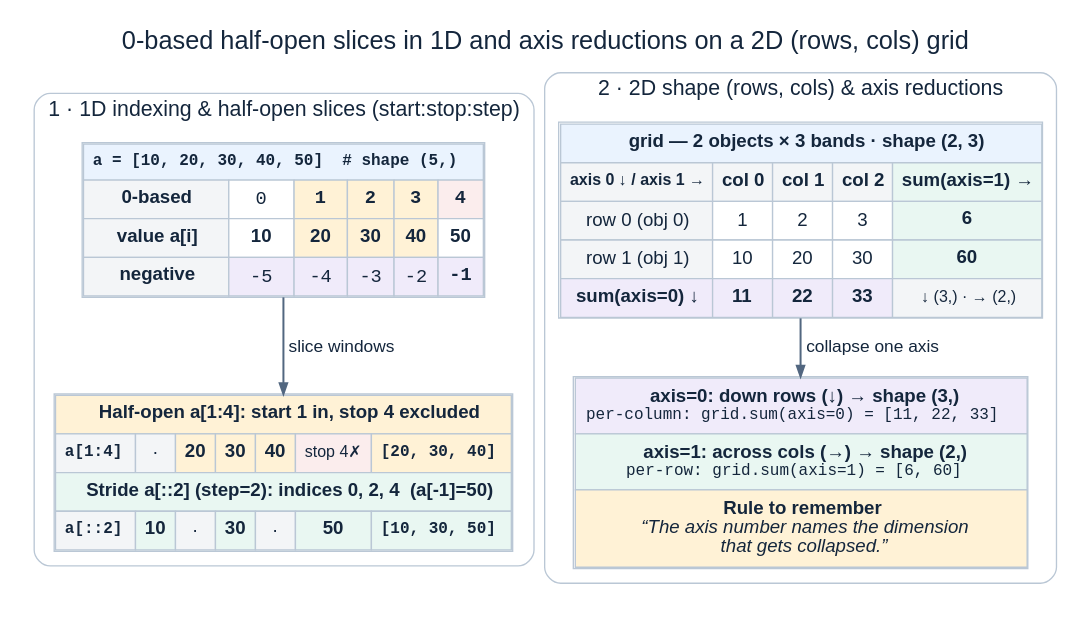
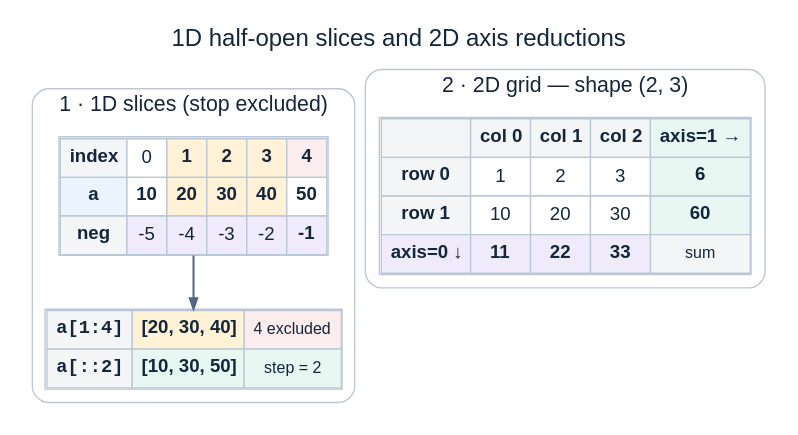
Before and after one commit to xangma/jupyter_data_languages: the diagram in book/diagrams/array-axes-slicing.dot, drawn with Graphviz. The commit also changed 20 other files, not shown here.

Commit message:
Trim all remaining Primer, Session 1, Session 3, and Signal diagrams

```diff
--- a/book/diagrams/array-axes-slicing.dot
+++ b/book/diagrams/array-axes-slicing.dot
@@ -1,130 +1,107 @@
-// Source: 00-primer.ipynb; 0-based/negative indexing, half-open slices and 2D axis reductions.
+// Source: 00-primer.ipynb; 0-based slices and 2D axis reductions.
 digraph array_axes_slicing {
   graph [
-    bgcolor="white", fontname="Arial", fontsize=19, fontcolor="#14263C",
-    label="0-based half-open slices in 1D and axis reductions on a 2D (rows, cols) grid",
-    labelloc=t, rankdir=TB, newrank=true, nodesep=0.20, ranksep=0.40, pad=0.14
+    bgcolor="white", fontname="Arial", fontsize=18, fontcolor="#14263C",
+    label="1D half-open slices and 2D axis reductions",
+    labelloc=t, rankdir=TB, newrank=true, nodesep=0.26, ranksep=0.36, pad=0.12
   ];
   node [
     shape=plain, fontname="Arial", fontsize=14, fontcolor="#14263C",
     color="#BAC7D5", penwidth=1.4
   ];
   edge [
     fontname="Arial", fontsize=13, fontcolor="#14263C",
     color="#526780", penwidth=1.5, arrowsize=0.8
   ];
 
   subgraph cluster_slicing {
-    label="1 · 1D indexing & half-open slices (start:stop:step)";
-    fontsize=16; style="rounded"; color="#BAC7D5"; margin=11;
+    label="1 · 1D slices (stop excluded)";
+    fontsize=16; style="rounded"; color="#BAC7D5"; margin=10;
 
     idx_table [label=<
       <TABLE BORDER="1" CELLBORDER="1" CELLSPACING="0" CELLPADDING="6" COLOR="#BAC7D5">
-        <TR><TD COLSPAN="6" BGCOLOR="#EAF3FE"><FONT FACE="Courier New" POINT-SIZE="12"><B>a = [10, 20, 30, 40, 50]  # shape (5,)</B></FONT></TD></TR>
         <TR>
-          <TD BGCOLOR="#F3F5F7"><B>0-based</B></TD>
-          <TD BGCOLOR="#FFFFFF"><FONT FACE="Courier New">0</FONT></TD>
-          <TD BGCOLOR="#FFF2D6"><FONT FACE="Courier New"><B>1</B></FONT></TD>
-          <TD BGCOLOR="#FFF2D6"><FONT FACE="Courier New"><B>2</B></FONT></TD>
-          <TD BGCOLOR="#FFF2D6"><FONT FACE="Courier New"><B>3</B></FONT></TD>
-          <TD BGCOLOR="#FBEDED"><FONT FACE="Courier New"><B>4</B></FONT></TD>
+          <TD BGCOLOR="#F3F5F7"><B>index</B></TD>
+          <TD BGCOLOR="#FFFFFF">0</TD>
+          <TD BGCOLOR="#FFF2D6"><B>1</B></TD>
+          <TD BGCOLOR="#FFF2D6"><B>2</B></TD>
+          <TD BGCOLOR="#FFF2D6"><B>3</B></TD>
+          <TD BGCOLOR="#FBEDED"><B>4</B></TD>
         </TR>
         <TR>
-          <TD BGCOLOR="#F3F5F7"><B>value a[i]</B></TD>
+          <TD BGCOLOR="#EAF3FE"><B>a</B></TD>
           <TD BGCOLOR="#FFFFFF"><B>10</B></TD>
           <TD BGCOLOR="#FFF2D6"><B>20</B></TD>
           <TD BGCOLOR="#FFF2D6"><B>30</B></TD>
           <TD BGCOLOR="#FFF2D6"><B>40</B></TD>
           <TD BGCOLOR="#FFFFFF"><B>50</B></TD>
         </TR>
         <TR>
-          <TD BGCOLOR="#F3F5F7"><B>negative</B></TD>
-          <TD BGCOLOR="#F0EBFA"><FONT FACE="Courier New">-5</FONT></TD>
-          <TD BGCOLOR="#F0EBFA"><FONT FACE="Courier New">-4</FONT></TD>
-          <TD BGCOLOR="#F0EBFA"><FONT FACE="Courier New">-3</FONT></TD>
-          <TD BGCOLOR="#F0EBFA"><FONT FACE="Courier New">-2</FONT></TD>
-          <TD BGCOLOR="#F0EBFA"><FONT FACE="Courier New"><B>-1</B></FONT></TD>
+          <TD BGCOLOR="#F3F5F7"><B>neg</B></TD>
+          <TD BGCOLOR="#F0EBFA">-5</TD>
+          <TD BGCOLOR="#F0EBFA">-4</TD>
+          <TD BGCOLOR="#F0EBFA">-3</TD>
+          <TD BGCOLOR="#F0EBFA">-2</TD>
+          <TD BGCOLOR="#F0EBFA"><B>-1</B></TD>
         </TR>
       </TABLE>
     >];
 
     slice_rules [label=<
       <TABLE BORDER="1" CELLBORDER="1" CELLSPACING="0" CELLPADDING="6" COLOR="#BAC7D5">
-        <TR><TD COLSPAN="7" BGCOLOR="#FFF2D6"><B>Half-open a[1:4]: start 1 in, stop 4 excluded</B></TD></TR>
         <TR>
-          <TD BGCOLOR="#F3F5F7"><FONT FACE="Courier New" POINT-SIZE="12"><B>a[1:4]</B></FONT></TD>
-          <TD BGCOLOR="#F3F5F7">·</TD>
-          <TD BGCOLOR="#FFF2D6"><B>20</B></TD>
-          <TD BGCOLOR="#FFF2D6"><B>30</B></TD>
-          <TD BGCOLOR="#FFF2D6"><B>40</B></TD>
-          <TD BGCOLOR="#FBEDED"><FONT POINT-SIZE="12">stop 4✗</FONT></TD>
-          <TD BGCOLOR="#FFF2D6"><FONT FACE="Courier New" POINT-SIZE="12"><B>[20, 30, 40]</B></FONT></TD>
+          <TD BGCOLOR="#F3F5F7"><FONT FACE="Courier New"><B>a[1:4]</B></FONT></TD>
+          <TD BGCOLOR="#FFF2D6"><B>[20, 30, 40]</B></TD>
+          <TD BGCOLOR="#FBEDED"><FONT POINT-SIZE="12">4 excluded</FONT></TD>
         </TR>
-        <TR><TD COLSPAN="7" BGCOLOR="#E9F7F2"><B>Stride a[::2] (step=2): indices 0, 2, 4  (a[-1]=50)</B></TD></TR>
         <TR>
-          <TD BGCOLOR="#F3F5F7"><FONT FACE="Courier New" POINT-SIZE="12"><B>a[::2]</B></FONT></TD>
-          <TD BGCOLOR="#E9F7F2"><B>10</B></TD>
-          <TD BGCOLOR="#F3F5F7">·</TD>
-          <TD BGCOLOR="#E9F7F2"><B>30</B></TD>
-          <TD BGCOLOR="#F3F5F7">·</TD>
-          <TD BGCOLOR="#E9F7F2"><B>50</B></TD>
-          <TD BGCOLOR="#E9F7F2"><FONT FACE="Courier New" POINT-SIZE="12"><B>[10, 30, 50]</B></FONT></TD>
+          <TD BGCOLOR="#F3F5F7"><FONT FACE="Courier New"><B>a[::2]</B></FONT></TD>
+          <TD BGCOLOR="#E9F7F2"><B>[10, 30, 50]</B></TD>
+          <TD BGCOLOR="#E9F7F2"><FONT POINT-SIZE="12">step = 2</FONT></TD>
         </TR>
       </TABLE>
     >];
 
-    idx_table -> slice_rules [label=" slice windows"];
+    idx_table -> slice_rules;
   }
 
   subgraph cluster_axes {
-    label="2 · 2D shape (rows, cols) & axis reductions";
-    fontsize=16; style="rounded"; color="#BAC7D5"; margin=11;
+    label="2 · 2D grid — shape (2, 3)";
+    fontsize=16; style="rounded"; color="#BAC7D5"; margin=10;
 
     grid_2d [label=<
       <TABLE BORDER="1" CELLBORDER="1" CELLSPACING="0" CELLPADDING="6" COLOR="#BAC7D5">
-        <TR><TD COLSPAN="5" BGCOLOR="#EAF3FE"><B>grid — 2 objects × 3 bands · shape (2, 3)</B></TD></TR>
         <TR>
-          <TD BGCOLOR="#F3F5F7"><FONT POINT-SIZE="12"><B>axis 0 ↓ / axis 1 →</B></FONT></TD>
+          <TD BGCOLOR="#F3F5F7"></TD>
           <TD BGCOLOR="#F3F5F7"><B>col 0</B></TD>
           <TD BGCOLOR="#F3F5F7"><B>col 1</B></TD>
           <TD BGCOLOR="#F3F5F7"><B>col 2</B></TD>
-          <TD BGCOLOR="#E9F7F2"><B>sum(axis=1) →</B></TD>
+          <TD BGCOLOR="#E9F7F2"><B>axis=1 →</B></TD>
         </TR>
         <TR>
-          <TD BGCOLOR="#F3F5F7">row 0 (obj 0)</TD>
+          <TD BGCOLOR="#F3F5F7"><B>row 0</B></TD>
           <TD BGCOLOR="#FFFFFF">1</TD>
           <TD BGCOLOR="#FFFFFF">2</TD>
           <TD BGCOLOR="#FFFFFF">3</TD>
           <TD BGCOLOR="#E9F7F2"><B>6</B></TD>
         </TR>
         <TR>
-          <TD BGCOLOR="#F3F5F7">row 1 (obj 1)</TD>
+          <TD BGCOLOR="#F3F5F7"><B>row 1</B></TD>
           <TD BGCOLOR="#FFFFFF">10</TD>
           <TD BGCOLOR="#FFFFFF">20</TD>
           <TD BGCOLOR="#FFFFFF">30</TD>
           <TD BGCOLOR="#E9F7F2"><B>60</B></TD>
         </TR>
         <TR>
-          <TD BGCOLOR="#F0EBFA"><B>sum(axis=0) ↓</B></TD>
+          <TD BGCOLOR="#F0EBFA"><B>axis=0 ↓</B></TD>
           <TD BGCOLOR="#F0EBFA"><B>11</B></TD>
           <TD BGCOLOR="#F0EBFA"><B>22</B></TD>
           <TD BGCOLOR="#F0EBFA"><B>33</B></TD>
-          <TD BGCOLOR="#F3F5F7"><FONT POINT-SIZE="12">↓ (3,) · → (2,)</FONT></TD>
+          <TD BGCOLOR="#F3F5F7"><FONT POINT-SIZE="12">sum</FONT></TD>
         </TR>
       </TABLE>
     >];
-
-    axis_rules [label=<
-      <TABLE BORDER="1" CELLBORDER="1" CELLSPACING="0" CELLPADDING="7" COLOR="#BAC7D5">
-        <TR><TD BGCOLOR="#F0EBFA"><B>axis=0: down rows (↓) → shape (3,)</B><BR/><FONT FACE="Courier New" POINT-SIZE="12">per-column: grid.sum(axis=0) = [11, 22, 33]</FONT></TD></TR>
-        <TR><TD BGCOLOR="#E9F7F2"><B>axis=1: across cols (→) → shape (2,)</B><BR/><FONT FACE="Courier New" POINT-SIZE="12">per-row: grid.sum(axis=1) = [6, 60]</FONT></TD></TR>
-        <TR><TD BGCOLOR="#FFF2D6"><B>Rule to remember</B><BR/><I>“The axis number names the dimension</I><BR/><I>that gets collapsed.”</I></TD></TR>
-      </TABLE>
-    >];
-
-    grid_2d -> axis_rules [label=" collapse one axis"];
   }
 
   { rank=same; idx_table; grid_2d; }
-  { rank=same; slice_rules; axis_rules; }
 }
```
